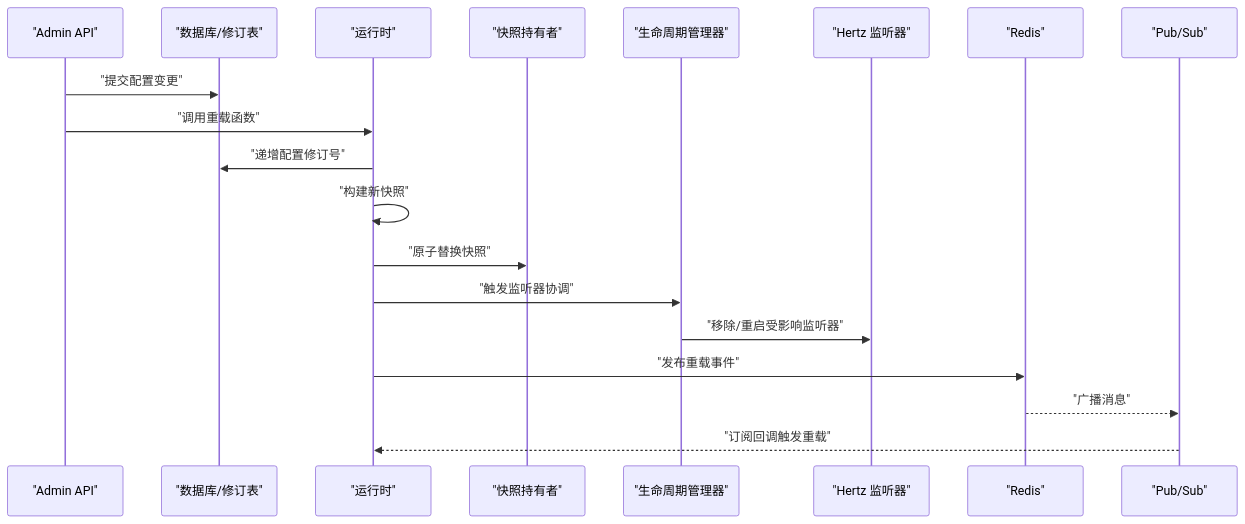
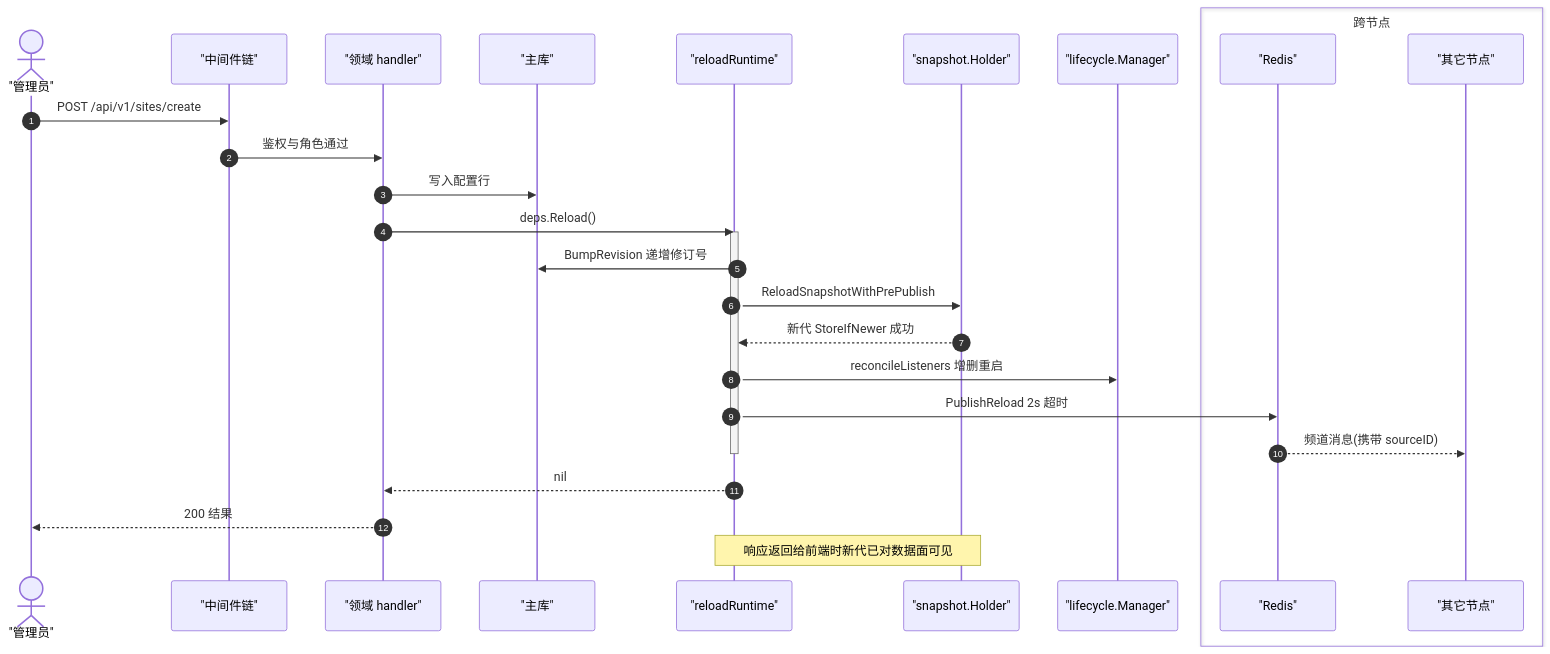
The fifth of 6 diagrams in docs/系统架构设计/控制面设计.md (x01n/My-OpenWaf), drawn with Mermaid before and after one commit. The commit also changed other lines of this file and 622 other files, not shown here.

````diff
--- a/docs/系统架构设计/控制面设计.md
+++ b/docs/系统架构设计/控制面设计.md
@@ -124,21 +364,30 @@
 ```mermaid
 sequenceDiagram
-participant Admin as "Admin API"
-participant Store as "数据库/修订表"
-participant RT as "运行时"
-participant Snap as "快照持有者"
-participant LM as "生命周期管理器"
-participant Hertz as "Hertz 监听器"
-participant Redis as "Redis"
-participant PubSub as "Pub/Sub"
-Admin->>Store : "提交配置变更"
-Admin->>RT : "调用重载函数"
-RT->>Store : "递增配置修订号"
-RT->>RT : "构建新快照"
-RT->>Snap : "原子替换快照"
-RT->>LM : "触发监听器协调"
-LM->>Hertz : "移除/重启受影响监听器"
-RT->>Redis : "发布重载事件"
-Redis-->>PubSub : "广播消息"
-PubSub-->>RT : "订阅回调触发重载"
+  autonumber
+  actor OP as "管理员"
+  participant MW as "中间件链"
+  participant HD as "领域 handler"
+  participant DB as "主库"
+  participant RL as "reloadRuntime"
+  participant SH as "snapshot.Holder"
+  participant LM as "lifecycle.Manager"
+  box 跨节点
+    participant RS as "Redis"
+    participant PEER as "其它节点"
+  end
+  OP->>MW: POST /api/v1/sites/create
+  MW->>HD: 鉴权与角色通过
+  HD->>DB: 写入配置行
+  HD->>RL: deps.Reload()
+  activate RL
+  RL->>DB: BumpRevision 递增修订号
+  RL->>SH: ReloadSnapshotWithPrePublish
+  SH-->>RL: 新代 StoreIfNewer 成功
+  RL->>LM: reconcileListeners 增删重启
+  RL->>RS: PublishReload 2s 超时
+  RS-->>PEER: 频道消息(携带 sourceID)
+  deactivate RL
+  RL-->>HD: nil
+  HD-->>OP: 200 结果
+  Note over RL,SH: 响应返回给前端时新代已对数据面可见
 ```
````
